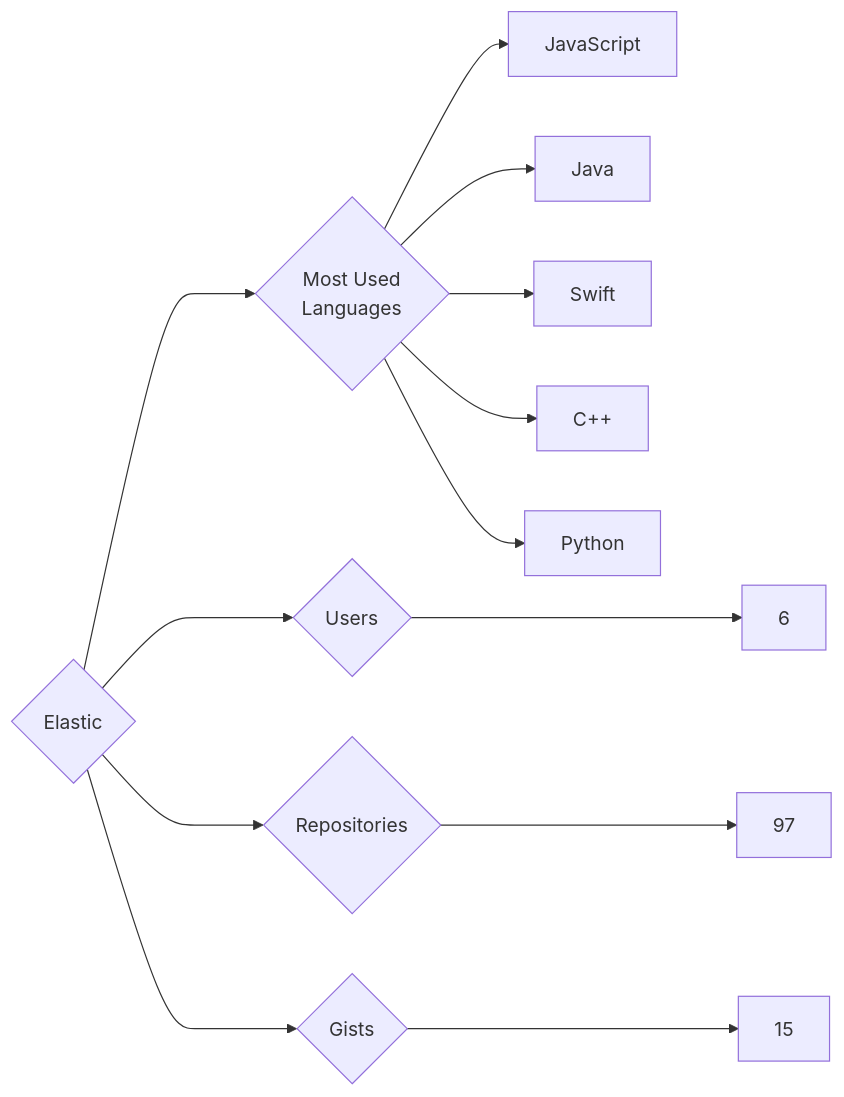
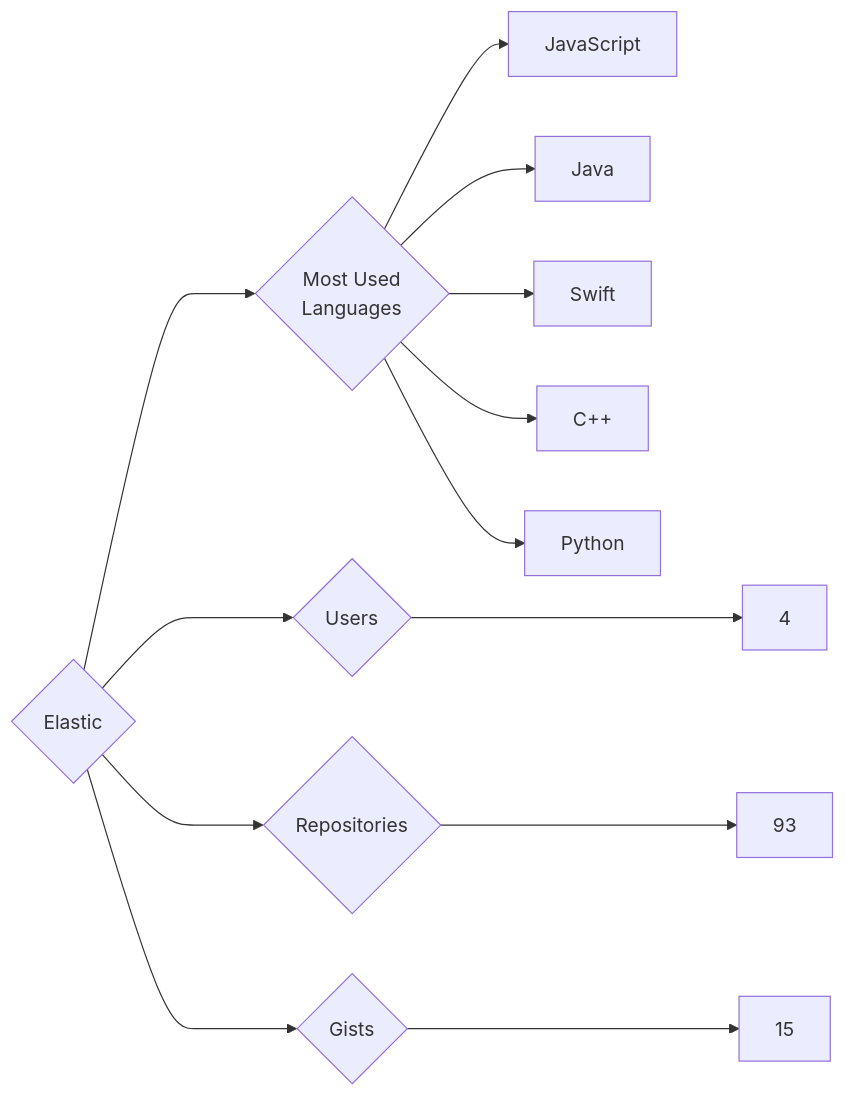
Before and after one commit to trickest/insiders: the diagram in targets/Elastic/README.md, drawn with Mermaid. The commit also changed 985 other files, not shown here.

````diff
--- a/targets/Elastic/README.md
+++ b/targets/Elastic/README.md
@@ -3,13 +3,13 @@
 ```mermaid
 graph LR
 COMPANY_NAME{Elastic}
-COMPANY_NAME ---> U{Users} ---> UN[6]
-COMPANY_NAME ---> R{Repositories} ---> RN[97]
+COMPANY_NAME ---> U{Users} ---> UN[4]
+COMPANY_NAME ---> R{Repositories} ---> RN[93]
 COMPANY_NAME ---> G{Gists} ---> GN[15]
 COMPANY_NAME ---> ML{Most Used<br>Languages}
 ML --> JavaScript[JavaScript]
 ML --> Java[Java]
 ML --> Swift[Swift]
 ML --> C++[C++]
 ML --> Python[Python]
 ```
````
